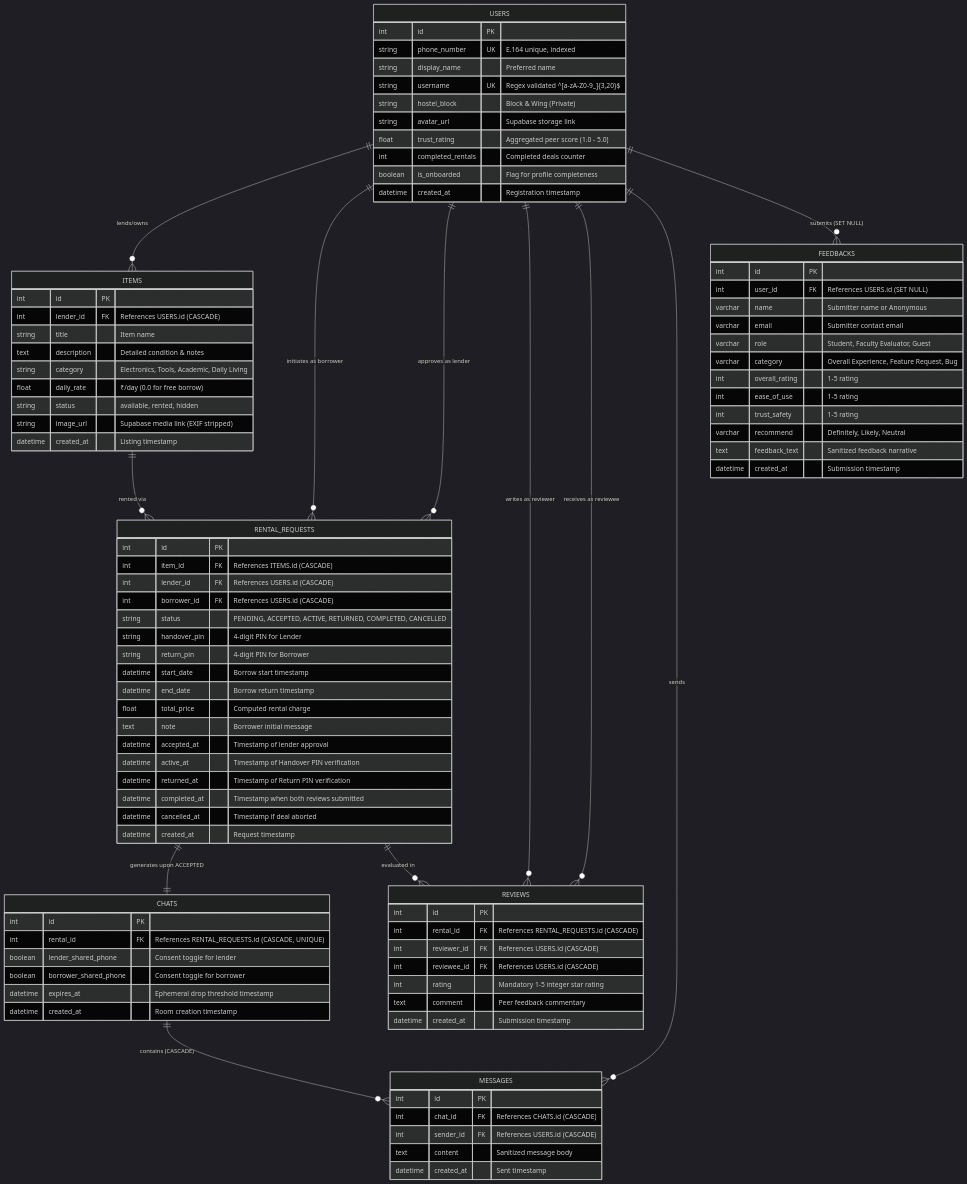
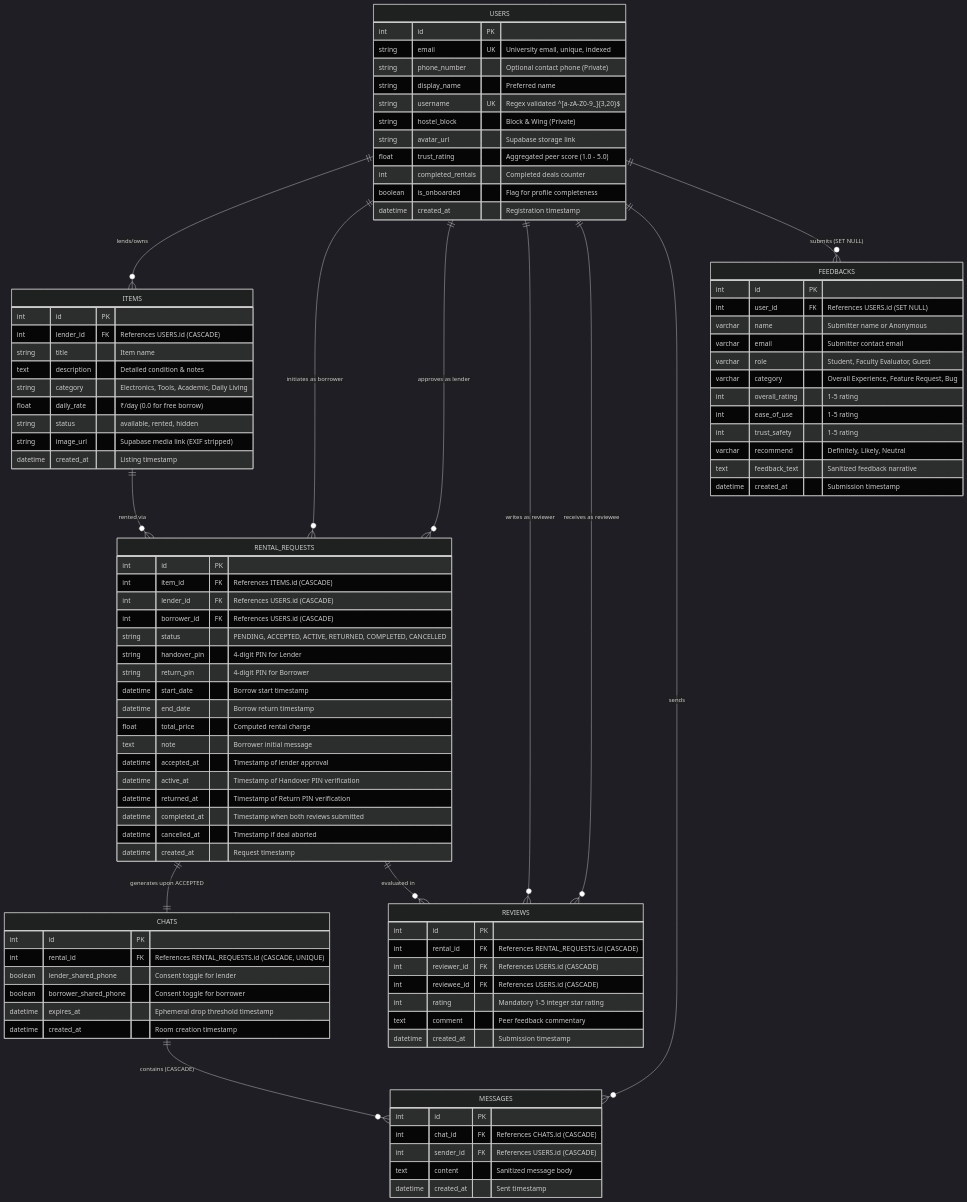
One commit to 2405380-ship-it/Hostel_rental_service changed the diagram in docs/DATABASE_SCHEMA.md. Above: the diagram before and after it, drawn with Mermaid (dark theme). The commit also changed other lines of this file and 5 other files, not shown here.

```diff
--- a/docs/DATABASE_SCHEMA.md
+++ b/docs/DATABASE_SCHEMA.md
@@ -28,7 +28,8 @@
 
     USERS {
         int id PK
-        string phone_number UK "E.164 unique, indexed"
+        string email UK "University email, unique, indexed"
+        string phone_number "Optional contact phone (Private)"
         string display_name "Preferred name"
         string username UK "Regex validated ^[a-zA-Z0-9_]{3,20}$"
         string hostel_block "Block & Wing (Private)"
```
